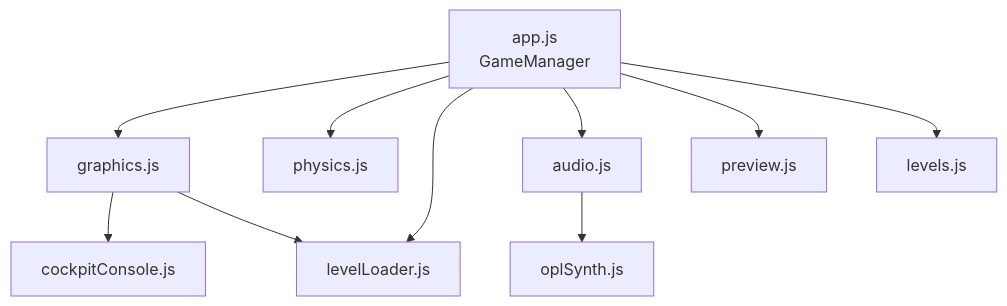
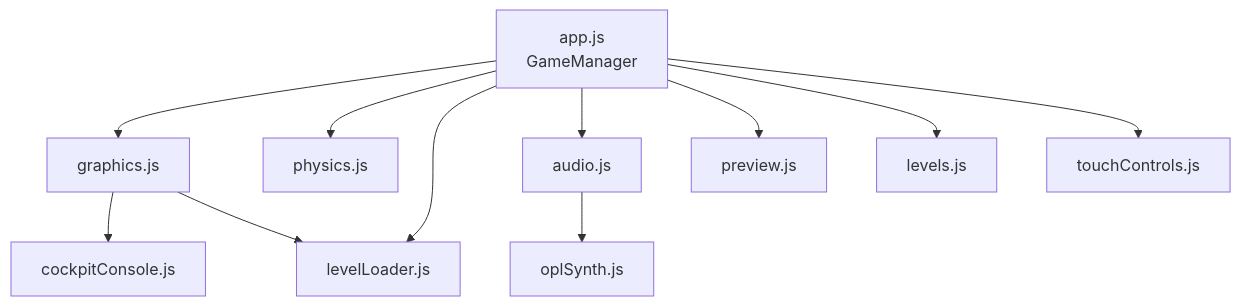
One commit to DasCReeD/space-paths changed the diagram in README.md. Above: the diagram before and after it, drawn with Mermaid. The commit also changed other lines of this file and 30 other files, not shown here.

Commit message:
feat(touch): overhaul touch controls v2, support cumulative boost, camera tilt, curve segmenting and clean dead code

````diff
--- a/README.md
+++ b/README.md
@@ -115,12 +116,13 @@
 ```mermaid
 graph TD
     APP["app.js<br/>GameManager"] --> GFX["graphics.js"]
     APP --> PHY["physics.js"]
     APP --> LL["levelLoader.js"]
     APP --> AUD["audio.js"]
     APP --> PRV["preview.js"]
     APP --> LVL["levels.js"]
+    APP --> TC["touchControls.js"]
     GFX --> CC["cockpitConsole.js"]
     GFX --> LL
     AUD --> OPL["oplSynth.js"]
 ```
````
